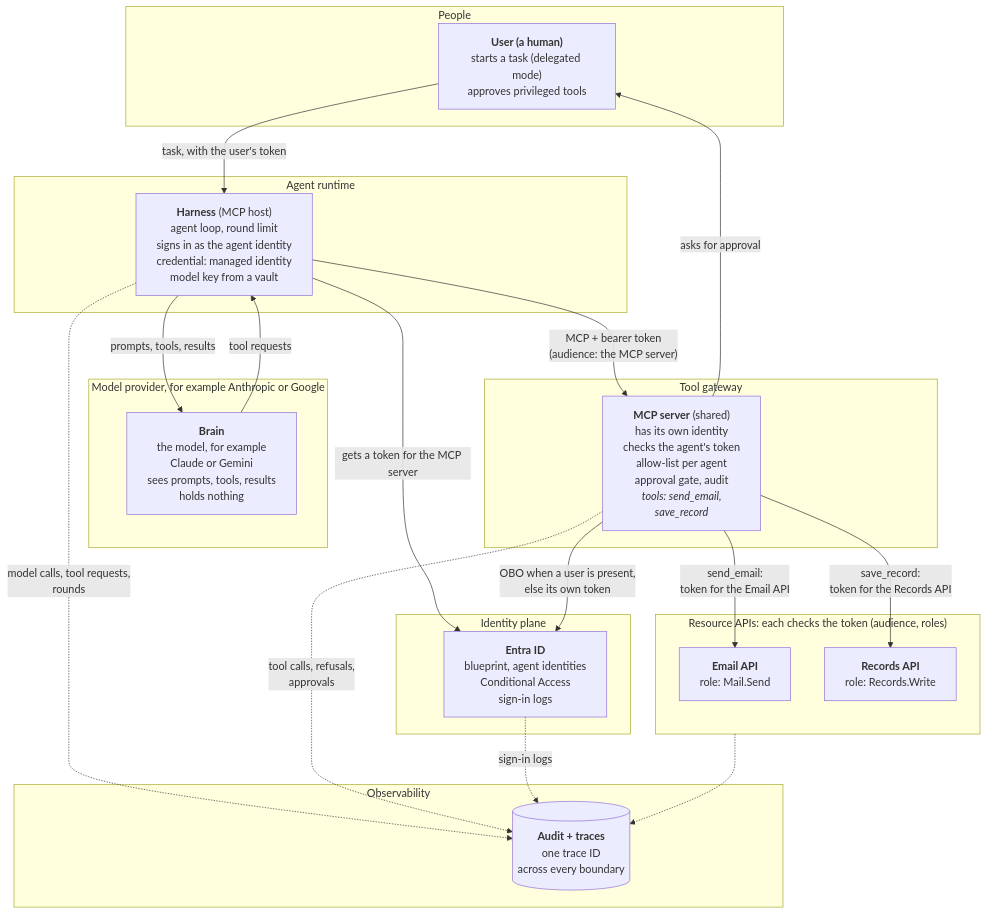
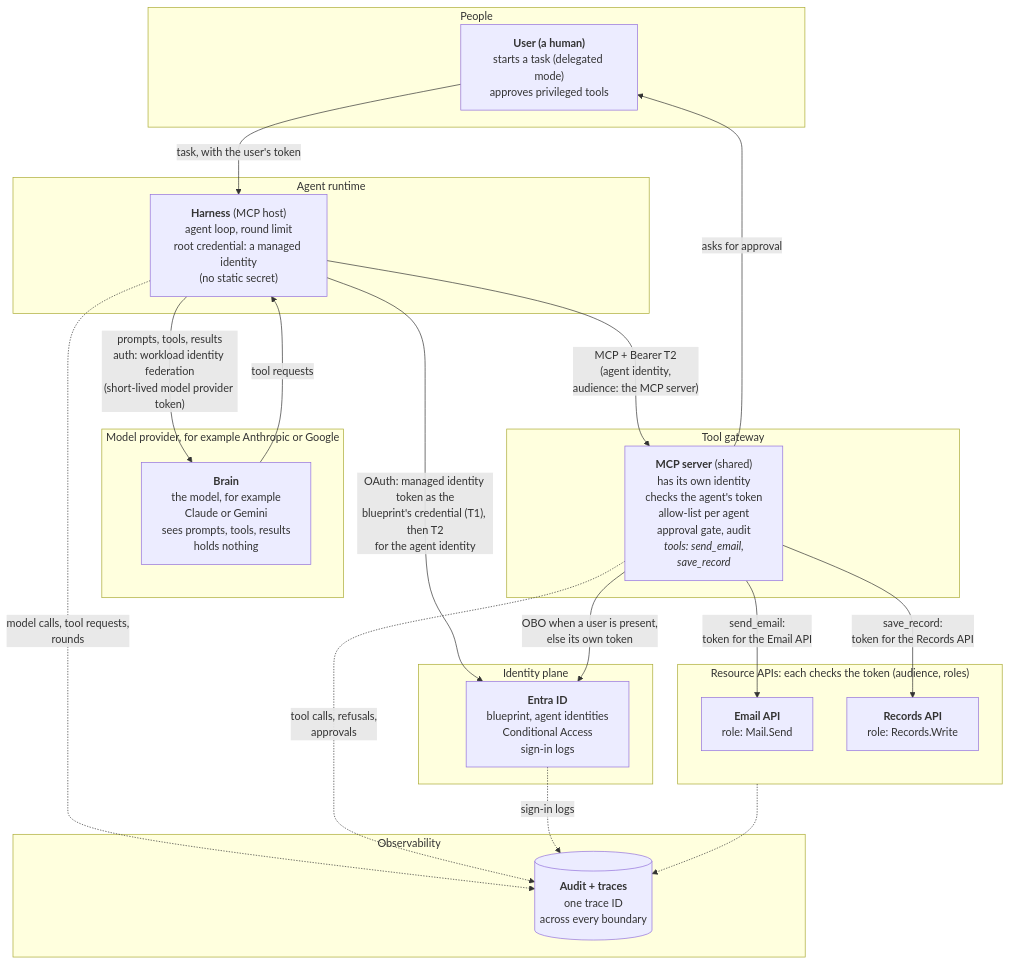
The first of 5 diagrams in docs/agent-architecture.md (alireza-mpr/agent-steward), drawn with Mermaid before and after one commit. The commit also changed other lines of this file and 3 other files, not shown here.

Commit message:
docs: decision log (ADR-001), MCP security rules, harness authentication, credential types and per-API scope

````diff
--- a/docs/agent-architecture.md
+++ b/docs/agent-architecture.md
@@ -41,45 +51,45 @@
 ```mermaid
 flowchart TB
     subgraph PEOPLE["People"]
         USER["<b>User (a human)</b><br/>starts a task (delegated mode)<br/>approves privileged tools"]
     end
 
     subgraph PROVIDER["Model provider, for example Anthropic or Google"]
         BRAIN["<b>Brain</b><br/>the model, for example<br/>Claude or Gemini<br/>sees prompts, tools, results<br/>holds nothing"]
     end
 
     subgraph RUNTIME["Agent runtime"]
-        HARNESS["<b>Harness</b> (MCP host)<br/>agent loop, round limit<br/>signs in as the agent identity<br/>credential: managed identity<br/>model key from a vault"]
+        HARNESS["<b>Harness</b> (MCP host)<br/>agent loop, round limit<br/>root credential: a managed identity<br/>(no static secret)"]
     end
 
     subgraph GATEWAY["Tool gateway"]
         MCP["<b>MCP server</b> (shared)<br/>has its own identity<br/>checks the agent's token<br/>allow-list per agent<br/>approval gate, audit<br/><i>tools: send_email,<br/>save_record</i>"]
     end
 
     subgraph RESOURCES["Resource APIs: each checks the token (audience, roles)"]
         EMAIL["<b>Email API</b><br/>role: Mail.Send"]
         RECORDS["<b>Records API</b><br/>role: Records.Write"]
     end
 
     subgraph IDP["Identity plane"]
         ENTRA["<b>Entra ID</b><br/>blueprint, agent identities<br/>Conditional Access<br/>sign-in logs"]
     end
 
     subgraph OBS["Observability"]
         LOGS[("<b>Audit + traces</b><br/>one trace ID<br/>across every boundary")]
     end
 
     USER -- "task, with the user's token" --> HARNESS
-    HARNESS -- "prompts, tools, results" --> BRAIN
+    HARNESS -- "prompts, tools, results<br/>auth: workload identity federation<br/>(short-lived model provider token)" --> BRAIN
     BRAIN -- "tool requests" --> HARNESS
-    HARNESS -- "gets a token for the MCP server" --> ENTRA
-    HARNESS -- "MCP + bearer token<br/>(audience: the MCP server)" --> MCP
+    HARNESS -- "OAuth: managed identity token as the<br/>blueprint's credential (T1), then T2<br/>for the agent identity" --> ENTRA
+    HARNESS -- "MCP + Bearer T2<br/>(agent identity,<br/>audience: the MCP server)" --> MCP
     MCP -- "OBO when a user is present,<br/>else its own token" --> ENTRA
     MCP -- "send_email:<br/>token for the Email API" --> EMAIL
     MCP -- "save_record:<br/>token for the Records API" --> RECORDS
     MCP -- "asks for approval" --> USER
     HARNESS -. "model calls, tool requests,<br/>rounds" .-> LOGS
     MCP -. "tool calls, refusals,<br/>approvals" .-> LOGS
     RESOURCES -.-> LOGS
     ENTRA -. "sign-in logs" .-> LOGS
 ```
````
